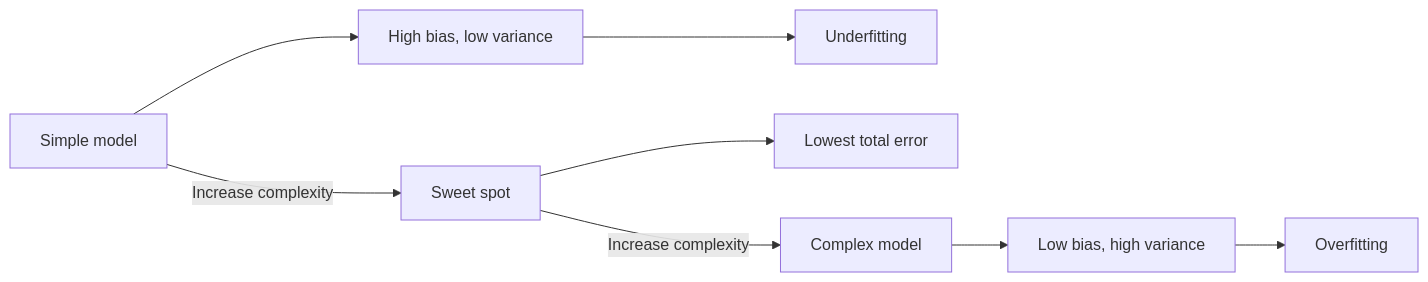
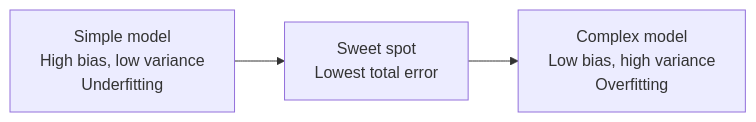
Before and after one commit to kaisarnajar/outcome-school-blogs: the first of 2 diagrams in notes/step-01-machine-learning-foundations/010-bias-variance-tradeoff.md, drawn with Mermaid. The commit also changed other lines of this file and 233 other files, not shown here.

````diff
--- a/notes/step-01-machine-learning-foundations/010-bias-variance-tradeoff.md
+++ b/notes/step-01-machine-learning-foundations/010-bias-variance-tradeoff.md
@@ -50,10 +87,5 @@
 ```mermaid
 flowchart LR
-    A["Simple model"] --> B["High bias, low variance"]
-    B --> C["Underfitting"]
-    D["Sweet spot"] --> E["Lowest total error"]
-    F["Complex model"] --> G["Low bias, high variance"]
-    G --> H["Overfitting"]
-    A -->|"Increase complexity"| D
-    D -->|"Increase complexity"| F
+    A1["Simple model<br/>High bias, low variance<br/>Underfitting"] --> A2["Sweet spot<br/>Lowest total error"]
+    A2 --> A3["Complex model<br/>Low bias, high variance<br/>Overfitting"]
 ```
````
